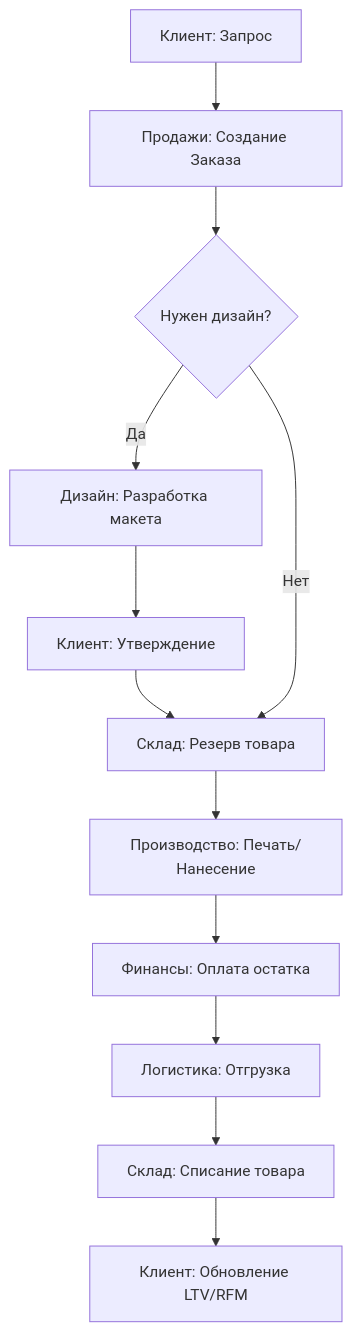
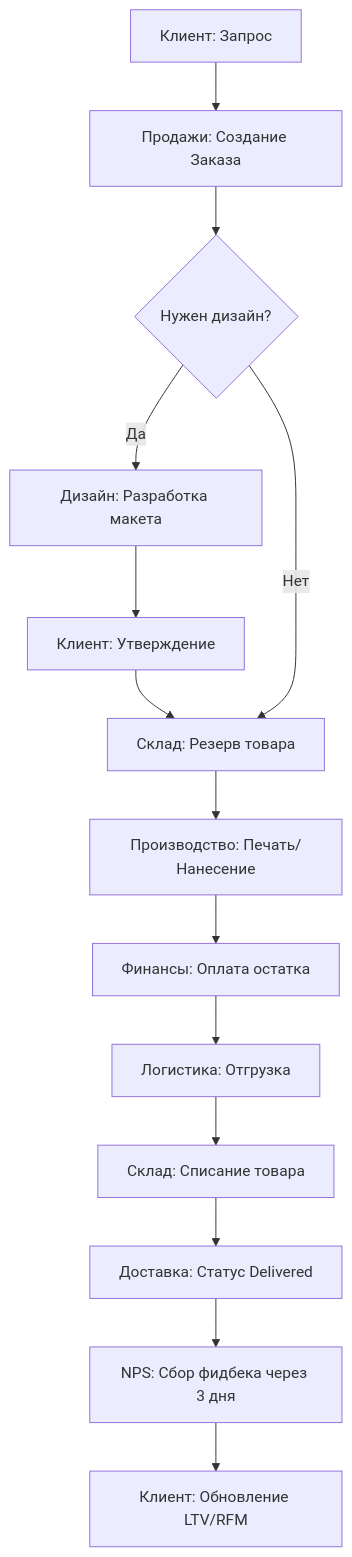
One commit to merch-crm/merch-crm changed the sixth of 12 diagrams in CRM_Documentation.md. Above: the diagram before and after it, drawn with Mermaid. The commit also changed other lines of this file and 721 other files, not shown here.

````diff
--- a/CRM_Documentation.md
+++ b/CRM_Documentation.md
@@ -1164,14 +1175,16 @@
 ```mermaid
 graph TD
     A[Клиент: Запрос] --> B[Продажи: Создание Заказа]
     B --> C{Нужен дизайн?}
     C -- Да --> D[Дизайн: Разработка макета]
     D --> E[Клиент: Утверждение]
     E --> F[Склад: Резерв товара]
     C -- Нет --> F
     F --> G[Производство: Печать/Нанесение]
     G --> H[Финансы: Оплата остатка]
     H --> I[Логистика: Отгрузка]
     I --> J[Склад: Списание товара]
-    J --> K[Клиент: Обновление LTV/RFM]
+    J --> K[Доставка: Статус Delivered]
+    K --> L[NPS: Сбор фидбека через 3 дня]
+    L --> M[Клиент: Обновление LTV/RFM]
 ```
````
